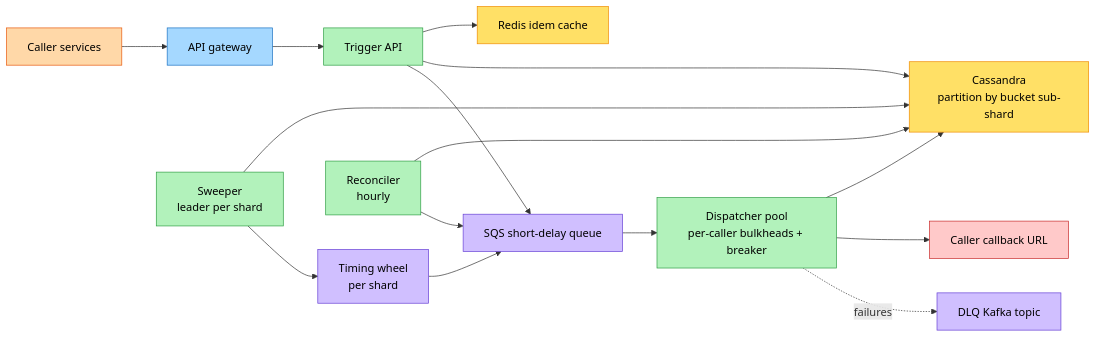
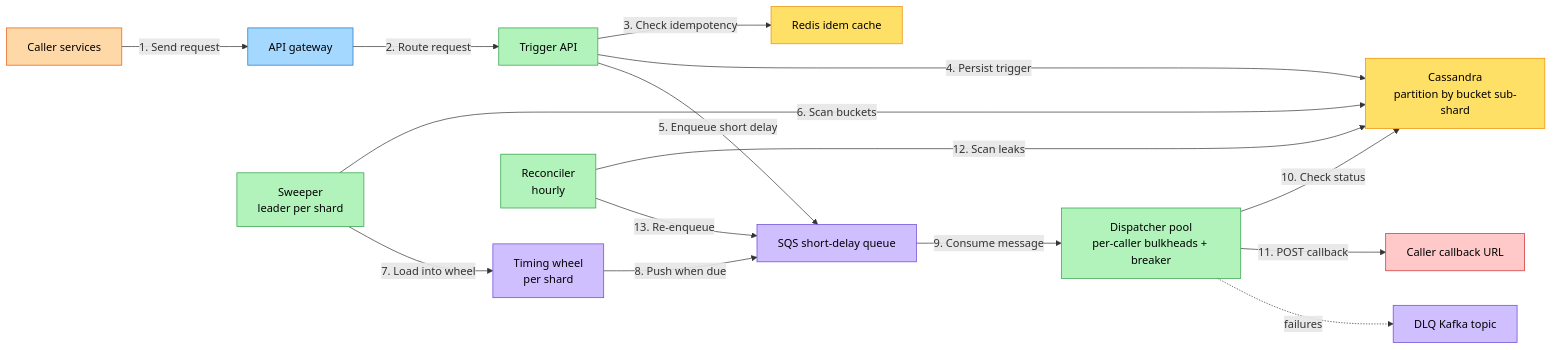
One commit to iluzn/HLD-Designs changed the tenth of 10 diagrams in content/hld/DelayedTriggerService.md. Above: the diagram before and after it, drawn with Mermaid. The commit also changed other lines of this file and 27 other files, not shown here.

````diff
--- a/content/hld/DelayedTriggerService.md
+++ b/content/hld/DelayedTriggerService.md
@@ -485,34 +485,34 @@
 ```mermaid
 flowchart LR
-  Caller["Caller services"] --> ALB["API gateway"]
-  ALB --> API["Trigger API"]
-  API --> Idem["Redis idem cache"]
-  API --> DB["Cassandra<br/>partition by bucket sub-shard"]
-  API --> SQSshort["SQS short-delay queue"]
+  Caller["Caller services"] -->|"1. Send request"| ALB["API gateway"]
+  ALB -->|"2. Route request"| API["Trigger API"]
+  API -->|"3. Check idempotency"| Idem["Redis idem cache"]
+  API -->|"4. Persist trigger"| DB["Cassandra<br/>partition by bucket sub-shard"]
+  API -->|"5. Enqueue short delay"| SQSshort["SQS short-delay queue"]
 
-  Sweeper["Sweeper<br/>leader per shard"] --> DB
-  Sweeper --> Wheel["Timing wheel<br/>per shard"]
-  Wheel --> SQSshort
+  Sweeper["Sweeper<br/>leader per shard"] -->|"6. Scan buckets"| DB
+  Sweeper -->|"7. Load into wheel"| Wheel["Timing wheel<br/>per shard"]
+  Wheel -->|"8. Push when due"| SQSshort
 
-  SQSshort --> Disp["Dispatcher pool<br/>per-caller bulkheads + breaker"]
-  Disp --> DB
-  Disp --> CB["Caller callback URL"]
+  SQSshort -->|"9. Consume message"| Disp["Dispatcher pool<br/>per-caller bulkheads + breaker"]
+  Disp -->|"10. Check status"| DB
+  Disp -->|"11. POST callback"| CB["Caller callback URL"]
 
   Disp -.failures.-> DLQ["DLQ Kafka topic"]
-  Recon["Reconciler<br/>hourly"] --> DB
-  Recon --> SQSshort
+  Recon["Reconciler<br/>hourly"] -->|"12. Scan leaks"| DB
+  Recon -->|"13. Re-enqueue"| SQSshort
 
   classDef client fill:#FFD8A8,stroke:#E8590C,color:#000
   classDef edge fill:#A5D8FF,stroke:#1971C2,color:#000
   classDef service fill:#B2F2BB,stroke:#2F9E44,color:#000
   classDef async fill:#D0BFFF,stroke:#6741D5,color:#000
   classDef data fill:#FFE066,stroke:#F08C00,color:#000
   classDef external fill:#FFC9C9,stroke:#C92A2A,color:#000
 
   class Caller client
   class CB external
   class ALB edge
   class API,Sweeper,Disp,Recon service
   class Wheel,SQSshort,DLQ async
   class Idem,DB data
 ```
````
